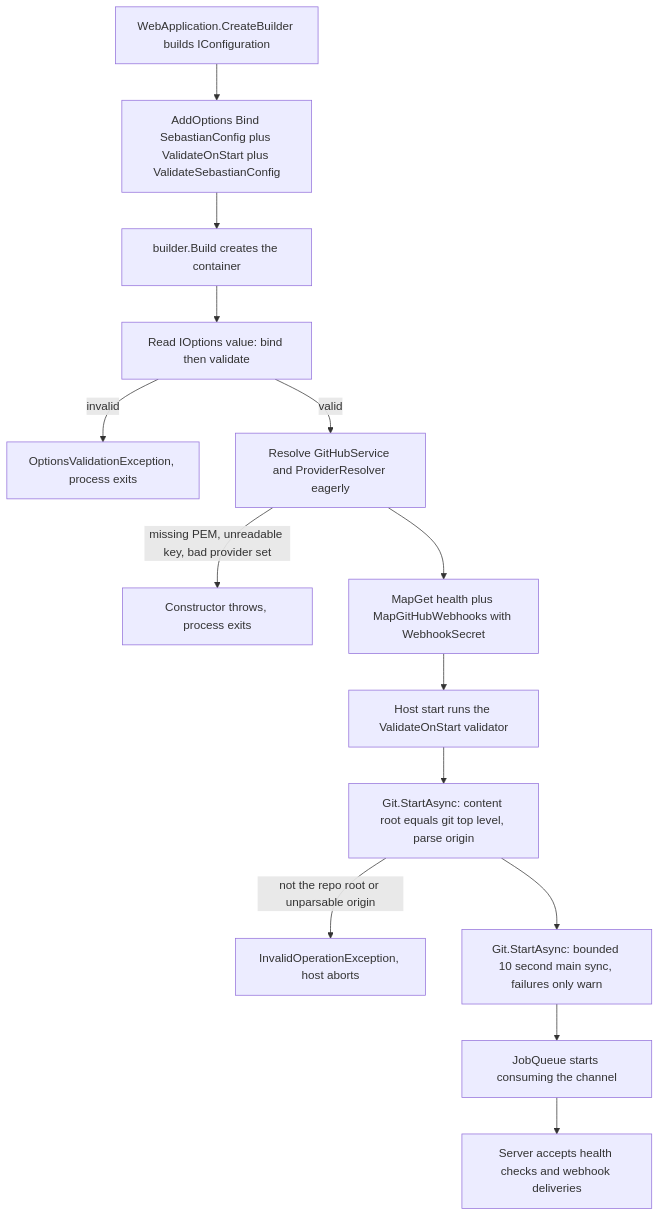
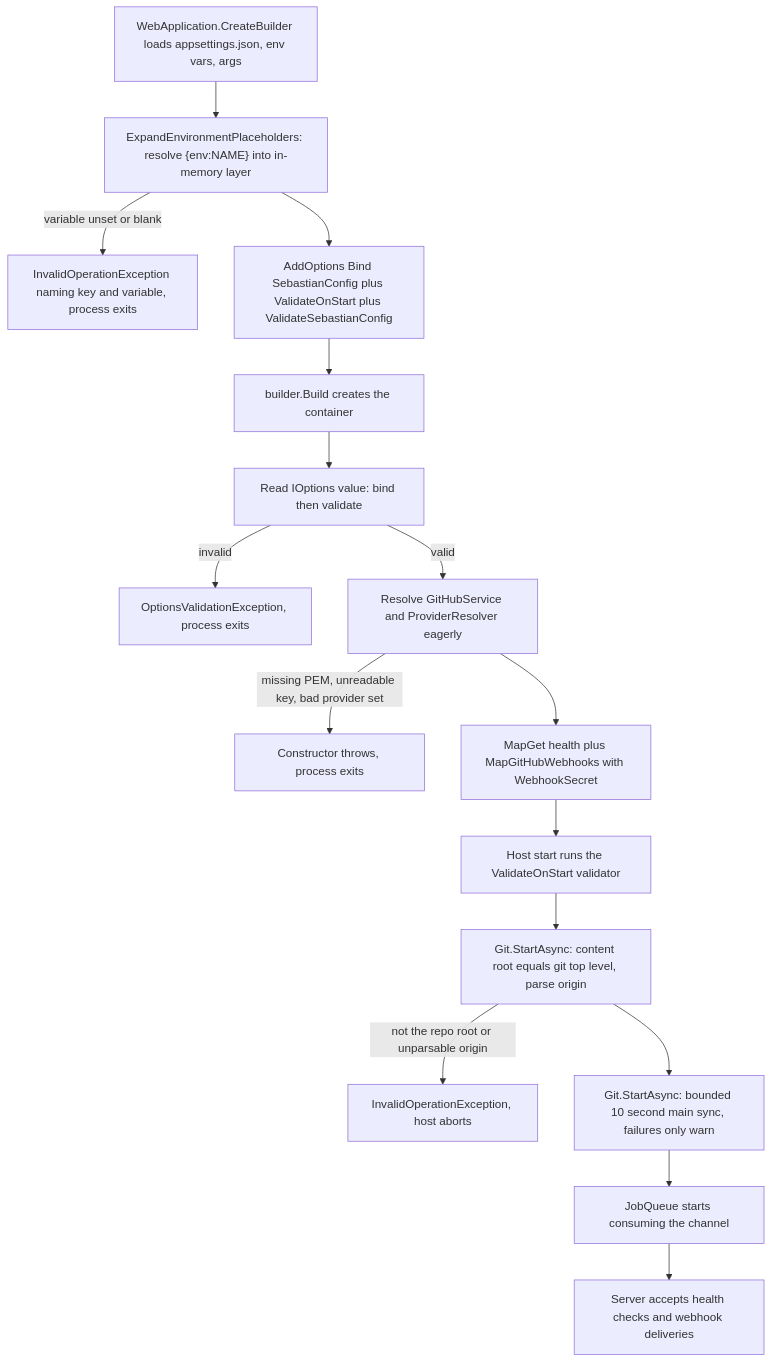
One commit to ToufiqSenpai/sebastian changed the diagram in openwiki/architecture/startup-and-composition.md. Above: the diagram before and after it, drawn with Mermaid. The commit also changed other lines of this file and 37 other files, not shown here.

````diff
--- a/openwiki/architecture/startup-and-composition.md
+++ b/openwiki/architecture/startup-and-composition.md
@@ -47,16 +53,18 @@
 ```mermaid
 flowchart TD
-    A["WebApplication.CreateBuilder builds IConfiguration"] --> B["AddOptions Bind SebastianConfig plus ValidateOnStart plus ValidateSebastianConfig"]
-    B --> C["builder.Build creates the container"]
-    C --> D["Read IOptions value: bind then validate"]
-    D -->|invalid| X1["OptionsValidationException, process exits"]
-    D -->|valid| E["Resolve GitHubService and ProviderResolver eagerly"]
-    E -->|missing PEM, unreadable key, bad provider set| X2["Constructor throws, process exits"]
-    E --> F["MapGet health plus MapGitHubWebhooks with WebhookSecret"]
-    F --> G["Host start runs the ValidateOnStart validator"]
-    G --> H["Git.StartAsync: content root equals git top level, parse origin"]
-    H -->|not the repo root or unparsable origin| X3["InvalidOperationException, host aborts"]
-    H --> I["Git.StartAsync: bounded 10 second main sync, failures only warn"]
-    I --> J["JobQueue starts consuming the channel"]
-    J --> K["Server accepts health checks and webhook deliveries"]
+    A["WebApplication.CreateBuilder loads appsettings.json, env vars, args"] --> B["ExpandEnvironmentPlaceholders: resolve {env:NAME} into in-memory layer"]
+    B -->|variable unset or blank| X0["InvalidOperationException naming key and variable, process exits"]
+    B --> C["AddOptions Bind SebastianConfig plus ValidateOnStart plus ValidateSebastianConfig"]
+    C --> D["builder.Build creates the container"]
+    D --> E["Read IOptions value: bind then validate"]
+    E -->|invalid| X1["OptionsValidationException, process exits"]
+    E -->|valid| F["Resolve GitHubService and ProviderResolver eagerly"]
+    F -->|missing PEM, unreadable key, bad provider set| X2["Constructor throws, process exits"]
+    F --> G["MapGet health plus MapGitHubWebhooks with WebhookSecret"]
+    G --> H["Host start runs the ValidateOnStart validator"]
+    H --> I["Git.StartAsync: content root equals git top level, parse origin"]
+    I -->|not the repo root or unparsable origin| X3["InvalidOperationException, host aborts"]
+    I --> J["Git.StartAsync: bounded 10 second main sync, failures only warn"]
+    J --> K["JobQueue starts consuming the channel"]
+    K --> L["Server accepts health checks and webhook deliveries"]
 ```
````
